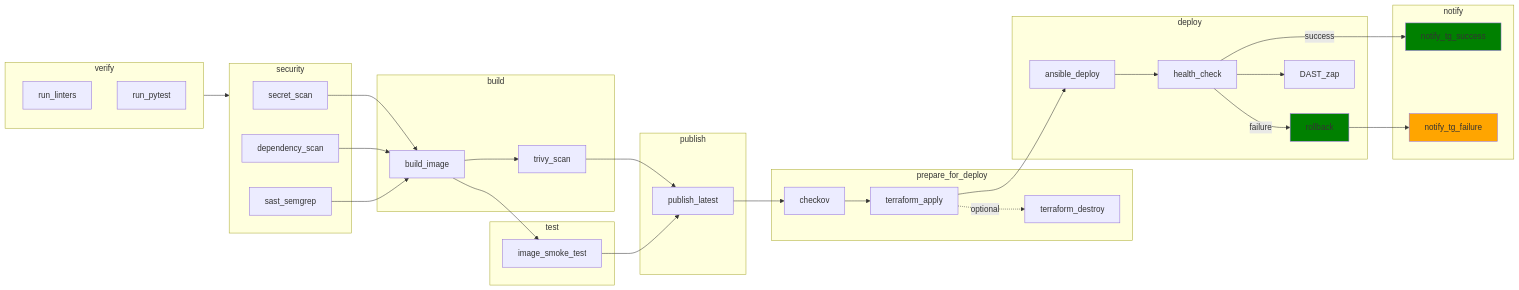
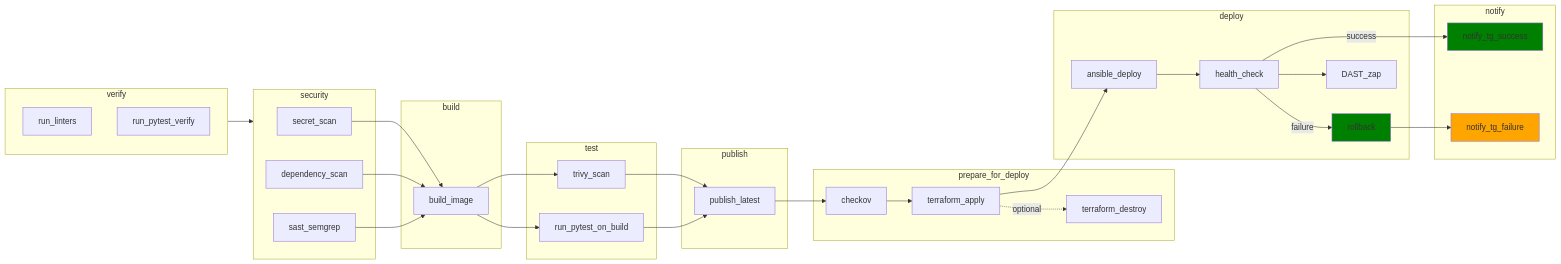
One commit to AlexeyKuzko/devops_diploma changed the first of 2 diagrams in README.md. Above: the diagram before and after it, drawn with Mermaid. The commit also changed other lines of this file and 1 other file, not shown here.

````diff
--- a/README.md
+++ b/README.md
@@ -71,66 +71,66 @@
 ```mermaid
 flowchart LR
     subgraph Stage_Verify ["verify"]
         A1[run_linters]
-        A2[run_pytest]
+        A2[run_pytest_verify]
     end
 
     subgraph Stage_Security ["security"]
         S1[secret_scan]
         S2[dependency_scan]
         S3[sast_semgrep]
     end
 
     subgraph Stage_Build ["build"]
         B1[build_image]
-        B2[trivy_scan]
     end
 
     subgraph Stage_Test ["test"]
-        T1[image_smoke_test]
+        T1[trivy_scan]
+        T2[run_pytest_on_build]
     end
 
     subgraph Stage_Publish ["publish"]
         P1[publish_latest]
     end
 
     subgraph Stage_Prepare ["prepare_for_deploy"]
         C1[checkov]
         C2[terraform_apply<br/>]
         C3[terraform_destroy<br/>]
     end
 
     subgraph Stage_Deploy ["deploy"]
         D1[ansible_deploy]
         D2[health_check]
         D3[rollback]
         D4[DAST_zap]
     end
 
     subgraph Stage_Notify ["notify"]
         E1[notify_tg_success]
         E2[notify_tg_failure]
     end
 
     Stage_Verify --> Stage_Security
     S1 --> B1
     S2 --> B1
     S3 --> B1
-    B1 --> B2
     B1 --> T1
-    B2 --> P1
+    B1 --> T2
     T1 --> P1
+    T2 --> P1
     P1 --> C1
     C1 --> C2
     C2 -. optional .-> C3
     C2 --> D1
     D1 --> D2
     D2 --> D4
     D2 -->|success| E1
     D2 -->|failure| D3
     D3 --> E2
 
     style D3 fill:green
     style E1 fill:green
     style E2 fill:orange
 ```
````
